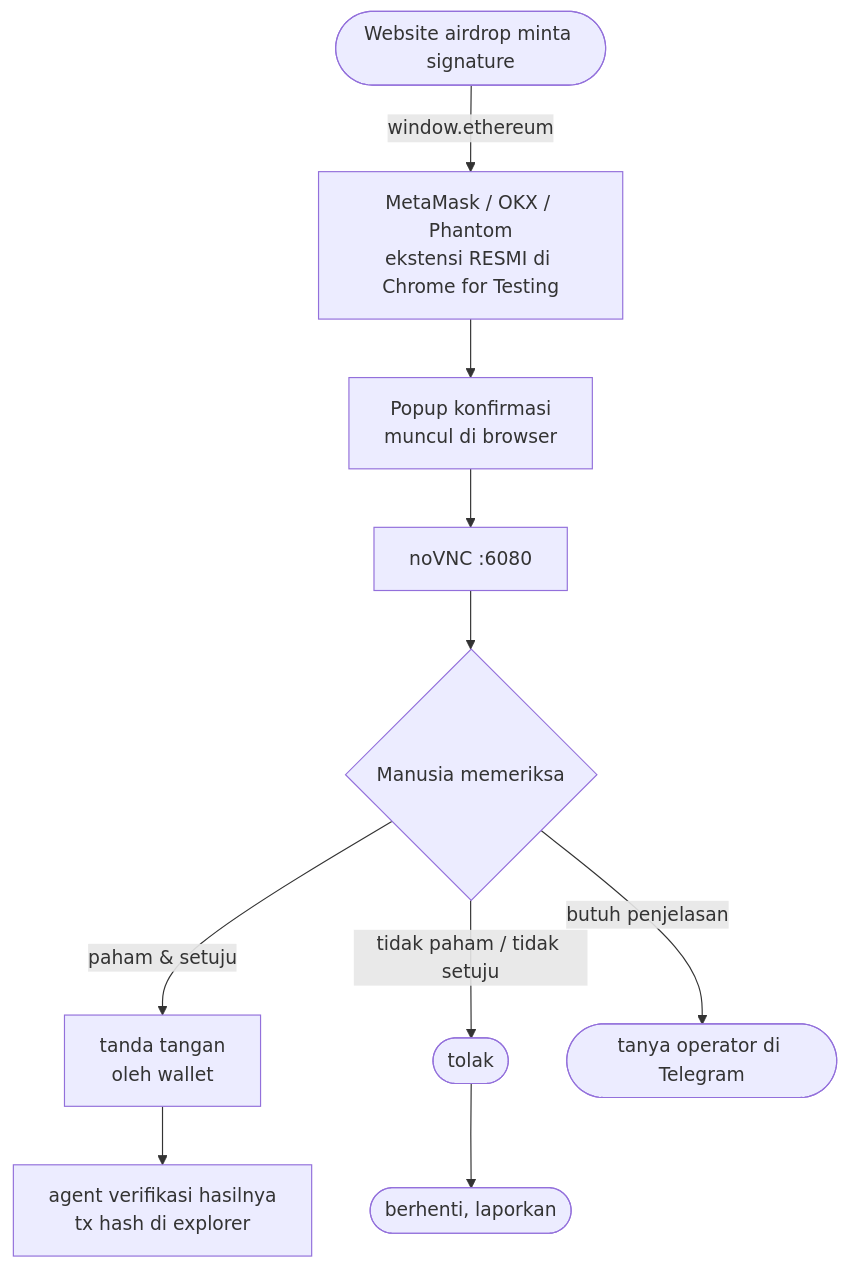
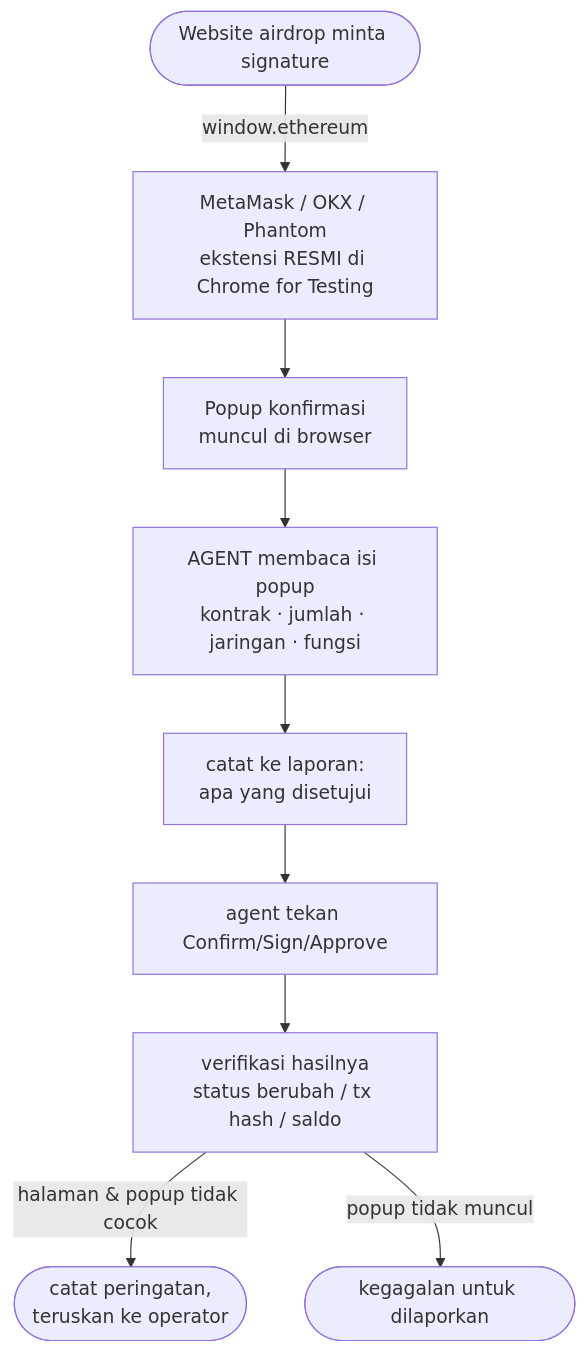
One commit to Scryptexai/AgentDrop changed the third of 6 diagrams in docs/arsitektur-alur.md. Above: the diagram before and after it, drawn with Mermaid. The commit also changed other lines of this file and 11 other files, not shown here.

````diff
--- a/docs/arsitektur-alur.md
+++ b/docs/arsitektur-alur.md
@@ -123,14 +128,11 @@
 ```mermaid
 flowchart TD
     SITE(["Website airdrop minta signature"]) -->|"window.ethereum"| WALLET["MetaMask / OKX / Phantom<br/>ekstensi RESMI di Chrome for Testing"]
     WALLET --> POPUP["Popup konfirmasi<br/>muncul di browser"]
-    POPUP --> NOVNC["noVNC :6080"]
-    NOVNC --> H{"Manusia memeriksa"}
-
-    H -->|"paham & setuju"| OK["tanda tangan<br/>oleh wallet"]
-    H -->|"tidak paham / tidak setuju"| NO(["tolak"])
-    H -->|"butuh penjelasan"| TNYA(["tanya operator di Telegram"])
-
-    OK --> VERIF["agent verifikasi hasilnya<br/>tx hash di explorer"]
-    NO --> STOP(["berhenti, laporkan"])
+    POPUP --> BACA["AGENT membaca isi popup<br/>kontrak · jumlah · jaringan · fungsi"]
+    BACA --> CATAT["catat ke laporan:<br/>apa yang disetujui"]
+    CATAT --> TEKAN["agent tekan Confirm/Sign/Approve"]
+    TEKAN --> VERIF["verifikasi hasilnya<br/>status berubah / tx hash / saldo"]
+    VERIF -->|"halaman & popup tidak cocok"| WARN(["catat peringatan,<br/>teruskan ke operator"])
+    VERIF -->|"popup tidak muncul"| FAIL(["kegagalan untuk dilaporkan"])
 ```
````
